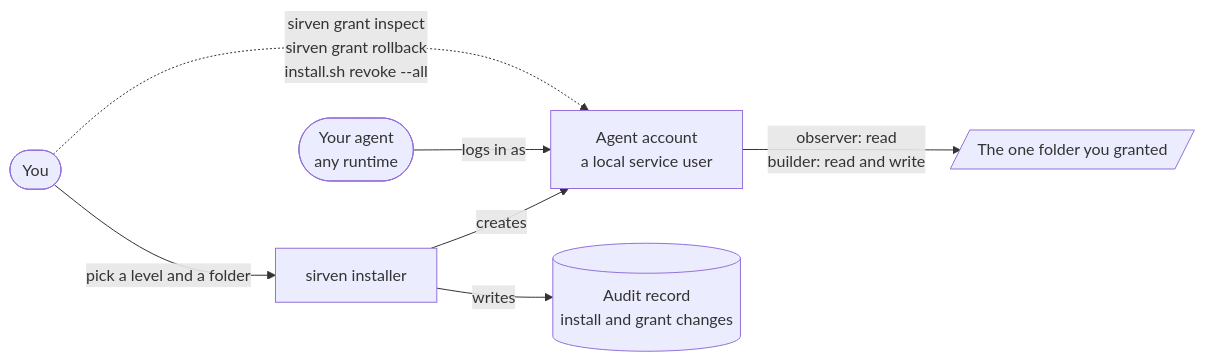
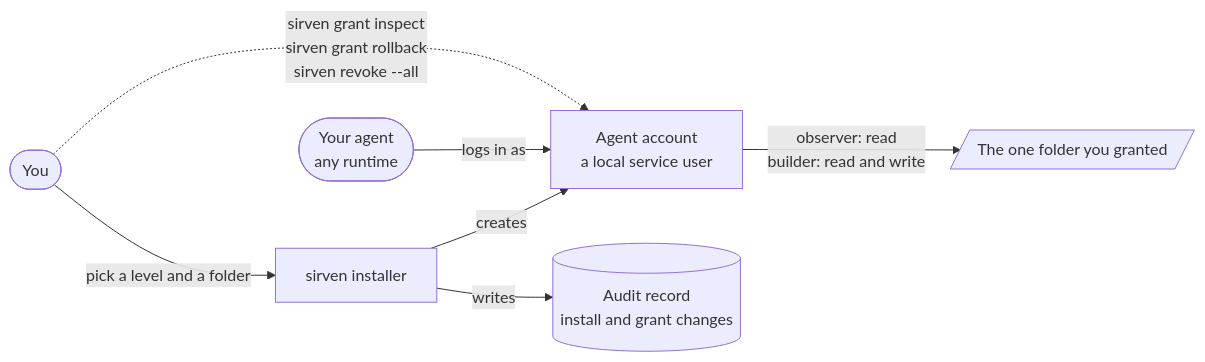
The diagram in README.md (Joesirven/sirven), drawn with Mermaid before and after one commit. The commit also changed other lines of this file and 29 other files, not shown here.

````diff
--- a/README.md
+++ b/README.md
@@ -9,9 +9,9 @@
 ```mermaid
 flowchart LR
     you([You]) -->|pick a level and a folder| sirven[sirven installer]
     sirven -->|creates| acct[Agent account<br/>a local service user]
     sirven -->|writes| audit[(Audit record<br/>install and grant changes)]
     agent([Your agent<br/>any runtime]) -->|logs in as| acct
     acct -->|observer: read<br/>builder: read and write| folder[/The one folder you granted/]
-    you -.->|sirven grant inspect<br/>sirven grant rollback<br/>install.sh revoke --all| acct
+    you -.->|sirven grant inspect<br/>sirven grant rollback<br/>sirven revoke --all| acct
 ```
````
